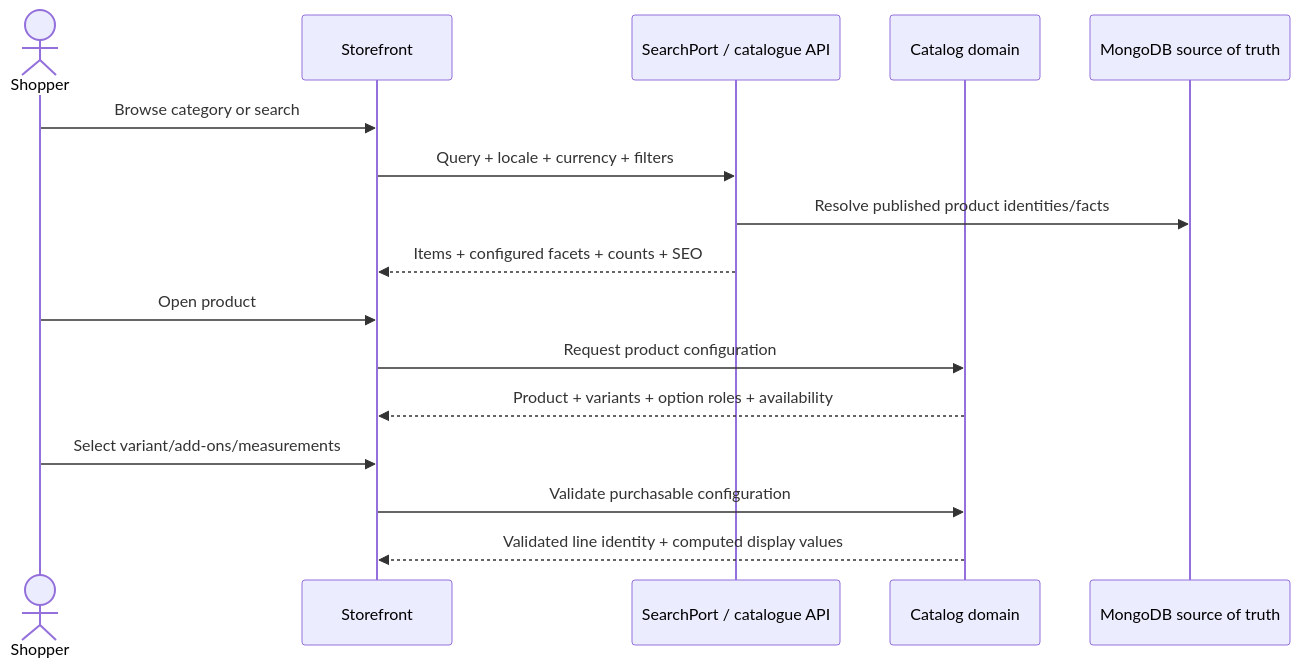
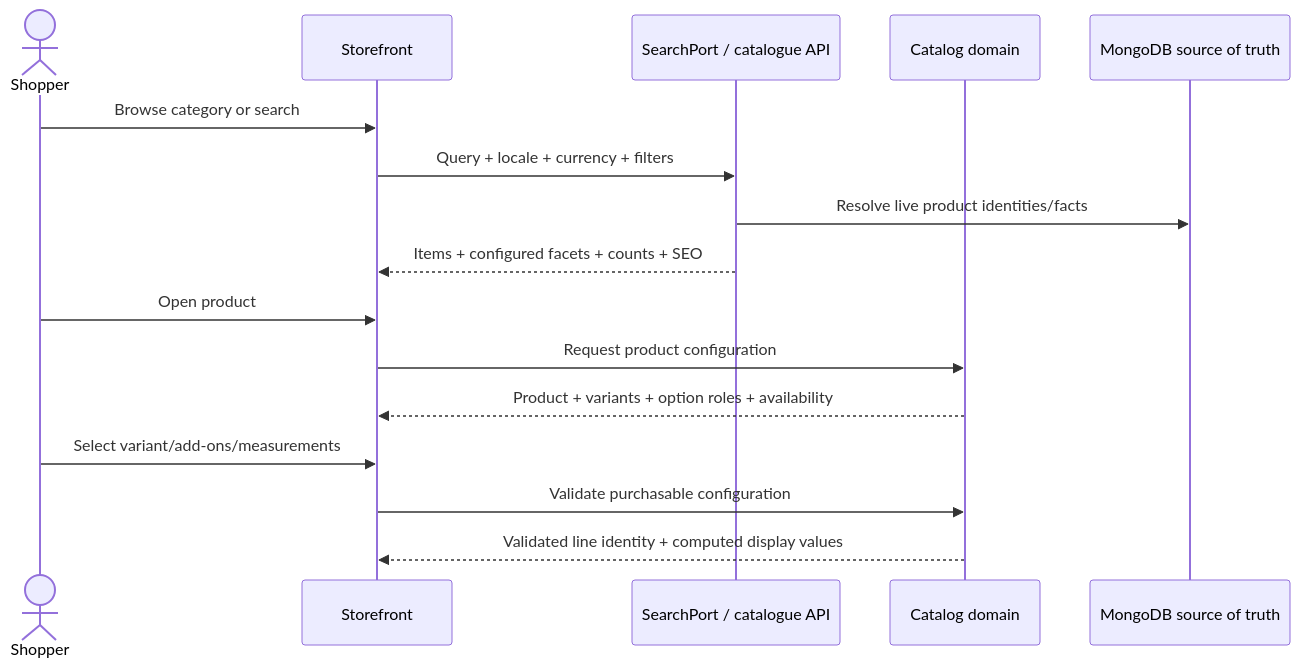
One commit to Kaizer-Systems/saha-textile changed the first of 2 diagrams in docs/business-flows/discovery-and-product-configuration.md. Above: the diagram before and after it, drawn with Mermaid. The commit also changed other lines of this file and 64 other files, not shown here.

````diff
--- a/docs/business-flows/discovery-and-product-configuration.md
+++ b/docs/business-flows/discovery-and-product-configuration.md
@@ -23,19 +23,19 @@
 ```mermaid
 sequenceDiagram
     actor Shopper
     participant SF as Storefront
     participant Search as SearchPort / catalogue API
     participant Catalog as Catalog domain
     participant Mongo as MongoDB source of truth
 
     Shopper->>SF: Browse category or search
     SF->>Search: Query + locale + currency + filters
-    Search->>Mongo: Resolve published product identities/facts
+    Search->>Mongo: Resolve live product identities/facts
     Search-->>SF: Items + configured facets + counts + SEO
     Shopper->>SF: Open product
     SF->>Catalog: Request product configuration
     Catalog-->>SF: Product + variants + option roles + availability
     Shopper->>SF: Select variant/add-ons/measurements
     SF->>Catalog: Validate purchasable configuration
     Catalog-->>SF: Validated line identity + computed display values
 ```
````
